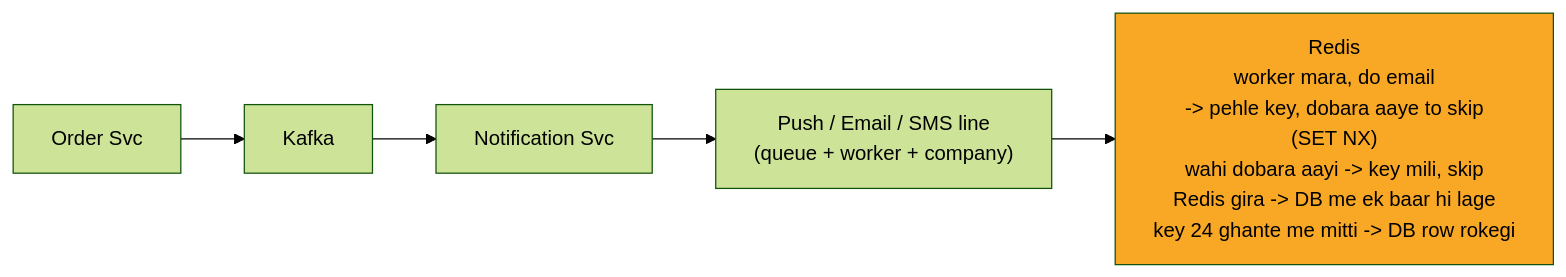
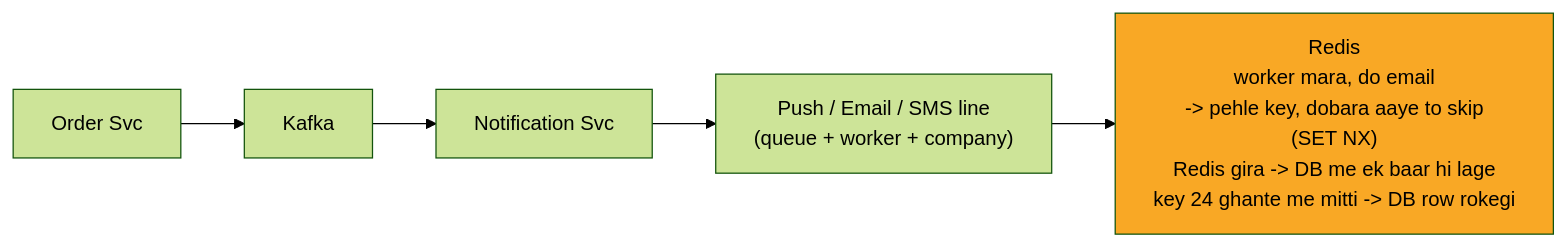
Before and after one commit to ArpanMaheshwari144/Prep: the fourth of 13 diagrams in 04_HLD/SYSTEM_DESIGNS/04_notification_system/04_notification_system.md, drawn with Mermaid (forest theme). The commit also changed other lines of this file and 13 other files, not shown here.

````diff
--- a/04_HLD/SYSTEM_DESIGNS/04_notification_system/04_notification_system.md
+++ b/04_HLD/SYSTEM_DESIGNS/04_notification_system/04_notification_system.md
@@ -175,14 +175,14 @@
 ```mermaid
 %%{init: {"flowchart": {"wrappingWidth": 450}}}%%
 flowchart LR
     n_Order_Svc["Order Svc"]
     n_Kafka["Kafka"]
     n_Notification_Svc["Notification Svc"]
     n_LINES["Push / Email / SMS line<br/>(queue + worker + company)"]
-    n_Redis["Redis<br/>worker mara, do email<br/>-> pehle key, dobara aaye to skip<br/>(SET NX)<br/>wahi dobara aayi -> key mili, skip<br/>Redis gira -> DB me ek baar hi lage<br/>key 24 ghante me mitti -> DB row rokegi"]
+    n_Redis["Redis<br/>worker mara, do email<br/>-> pehle key, dobara aaye to skip<br/>(SET NX)<br/>Redis gira -> DB me ek baar hi lage<br/>key 24 ghante me mitti -> DB row rokegi"]
     n_Order_Svc --> n_Kafka
     n_Kafka --> n_Notification_Svc
     n_Notification_Svc --> n_LINES
     n_LINES --> n_Redis
     style n_Redis fill:#f9a825,color:#000
 ```
````
